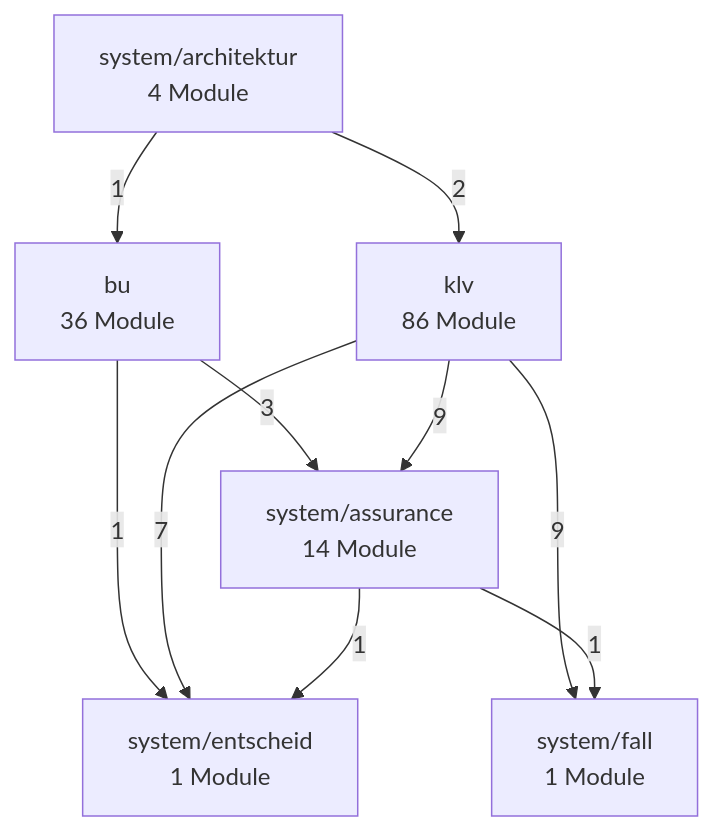
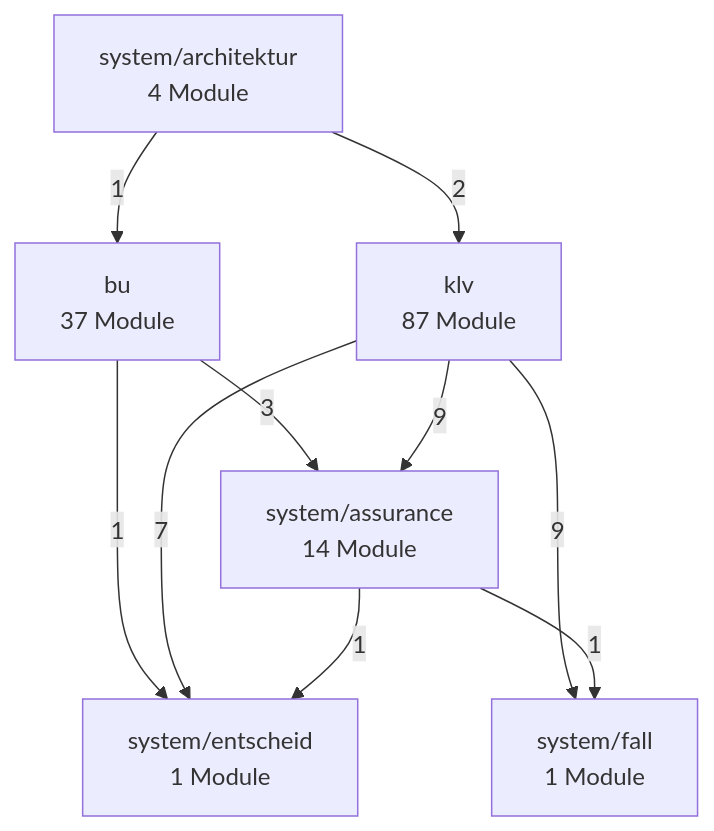
Before and after one commit to bartlmac/rechner-pipeline: the second of 3 diagrams in docs/architektur/landkarte.md, drawn with Mermaid. The commit also changed other lines of this file and 11 other files, not shown here.

````diff
--- a/docs/architektur/landkarte.md
+++ b/docs/architektur/landkarte.md
@@ -78,19 +78,19 @@
 ```mermaid
 %% Fachknoten — erzeugt von ontologie.landkarte
 flowchart TD
-    bu["bu<br/>36 Module"]
-    klv["klv<br/>86 Module"]
+    bu["bu<br/>37 Module"]
+    klv["klv<br/>87 Module"]
     system_architektur["system/architektur<br/>4 Module"]
     system_assurance["system/assurance<br/>14 Module"]
     system_entscheid["system/entscheid<br/>1 Module"]
     system_fall["system/fall<br/>1 Module"]
     bu -- 3 --> system_assurance
     bu -- 1 --> system_entscheid
     klv -- 9 --> system_assurance
     klv -- 7 --> system_entscheid
     klv -- 9 --> system_fall
     system_architektur -- 1 --> bu
     system_architektur -- 2 --> klv
     system_assurance -- 1 --> system_entscheid
     system_assurance -- 1 --> system_fall
 ```
````
